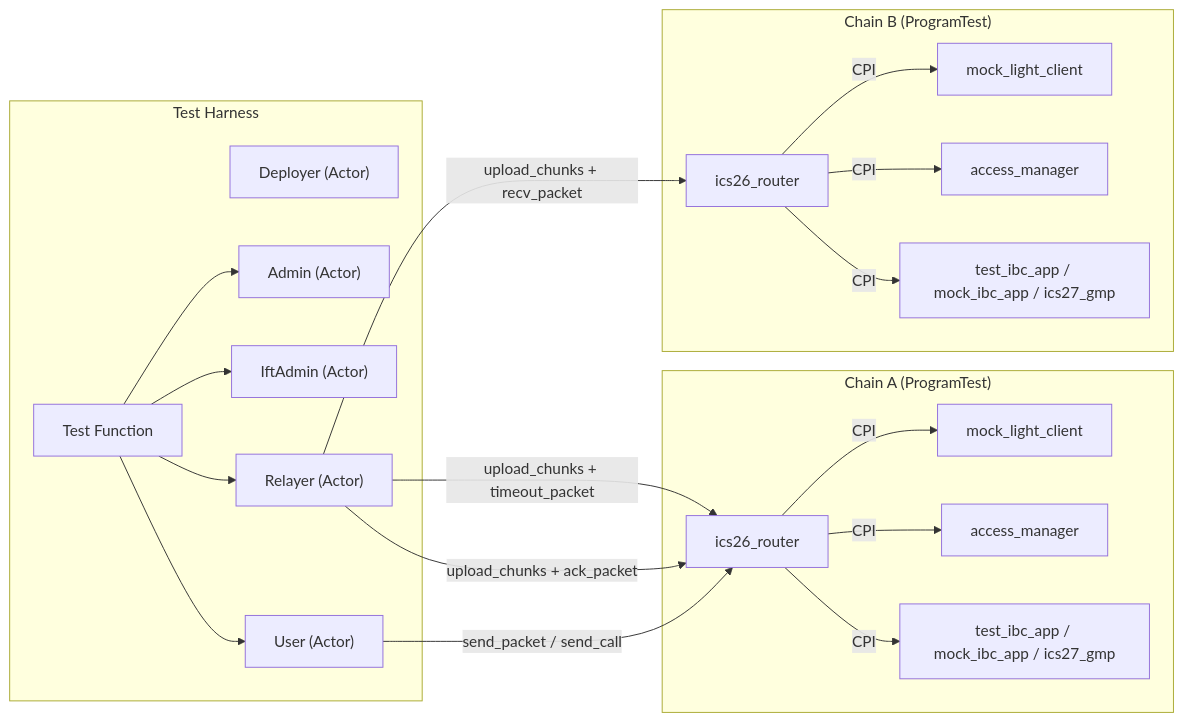
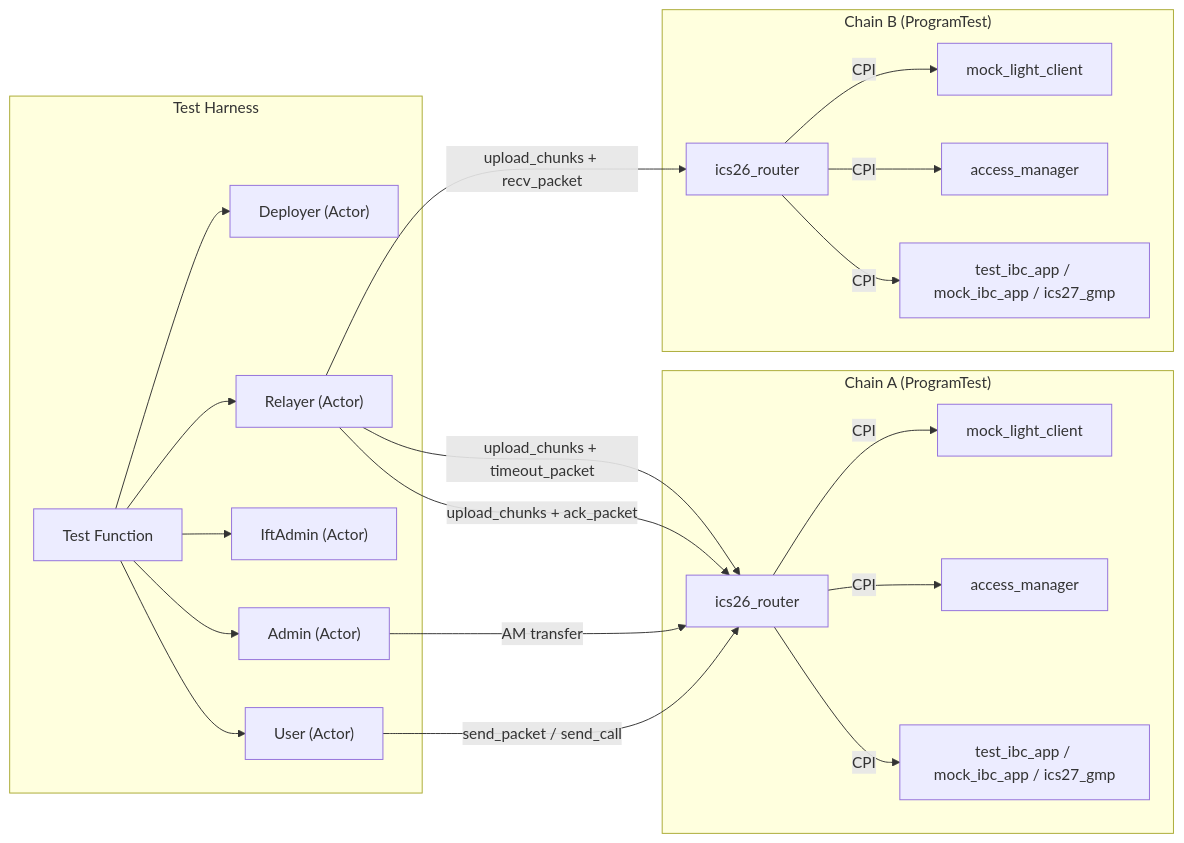
One commit to cosmos/solidity-ibc-eureka changed the first of 8 diagrams in programs/solana/integration-tests/README.md. Above: the diagram before and after it, drawn with Mermaid. The commit also changed other lines of this file and 41 other files, not shown here.

````diff
--- a/programs/solana/integration-tests/README.md
+++ b/programs/solana/integration-tests/README.md
@@ -7,40 +7,42 @@
 ```mermaid
 graph LR
     subgraph "Test Harness"
         Test["Test Function"]
         Deployer["Deployer (Actor)"]
         Admin["Admin (Actor)"]
         IftAdmin["IftAdmin (Actor)"]
         User["User (Actor)"]
         Relayer["Relayer (Actor)"]
     end
 
     subgraph "Chain A (ProgramTest)"
         RA["ics26_router"]
         MCA["mock_light_client"]
         AMA["access_manager"]
         AppA["test_ibc_app / mock_ibc_app / ics27_gmp"]
     end
 
     subgraph "Chain B (ProgramTest)"
         RB["ics26_router"]
         MCB["mock_light_client"]
         AMB["access_manager"]
         AppB["test_ibc_app / mock_ibc_app / ics27_gmp"]
     end
 
+    Test --> Deployer
     Test --> Admin
     Test --> IftAdmin
     Test --> User
     Test --> Relayer
     User -->|send_packet / send_call| RA
+    Admin -->|AM transfer| RA
     Relayer -->|upload_chunks + recv_packet| RB
     Relayer -->|upload_chunks + ack_packet| RA
     Relayer -->|upload_chunks + timeout_packet| RA
     RA -->|CPI| MCA
     RA -->|CPI| AMA
     RA -->|CPI| AppA
     RB -->|CPI| MCB
     RB -->|CPI| AMB
     RB -->|CPI| AppB
 ```
````
